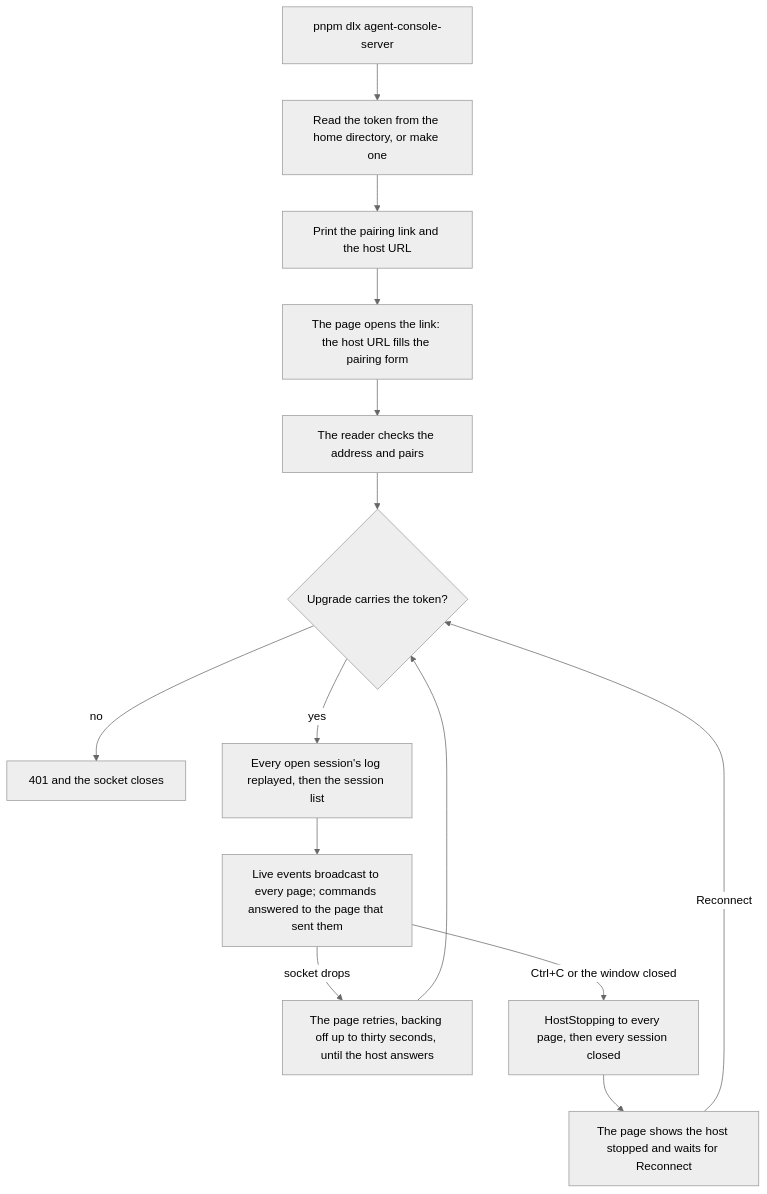
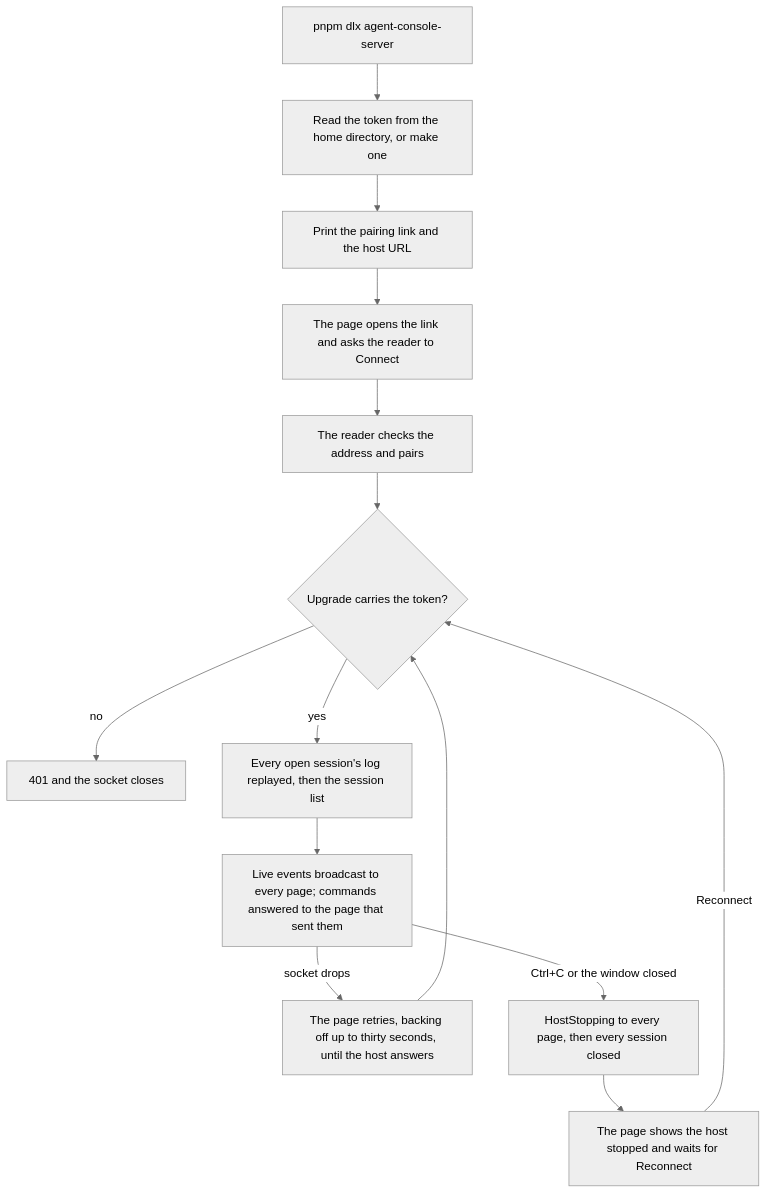
Before and after one commit to Esposter/Esposter: the diagram in apps/web/content/docs/infra/claude-interface/agent-console/host.md, drawn with Mermaid (neutral theme). The commit also changed other lines of this file and 21 other files, not shown here.

First line of the commit message:
feat(agent-console): one file to download, three plain steps to connect, and a link that can only start the host

````diff
--- a/apps/web/content/docs/infra/claude-interface/agent-console/host.md
+++ b/apps/web/content/docs/infra/claude-interface/agent-console/host.md
@@ -12,16 +12,16 @@
 ```mermaid
 flowchart TD
   Start[pnpm dlx agent-console-server] --> Token[Read the token from the home directory, or make one]
   Token --> Print[Print the pairing link and the host URL]
-  Print --> Open[The page opens the link: the host URL fills the pairing form]
+  Print --> Open[The page opens the link and asks the reader to Connect]
   Open --> Pair[The reader checks the address and pairs]
   Pair --> Upgrade{Upgrade carries the token?}
   Upgrade -->|no| Refuse[401 and the socket closes]
   Upgrade -->|yes| Replay[Every open session's log replayed, then the session list]
   Replay --> Live[Live events broadcast to every page; commands answered to the page that sent them]
   Live -->|socket drops| Retry[The page retries, backing off up to thirty seconds, until the host answers]
   Retry --> Upgrade
   Live -->|Ctrl+C or the window closed| Stopping[HostStopping to every page, then every session closed]
   Stopping --> Stopped[The page shows the host stopped and waits for Reconnect]
   Stopped -->|Reconnect| Upgrade
 ```
````
